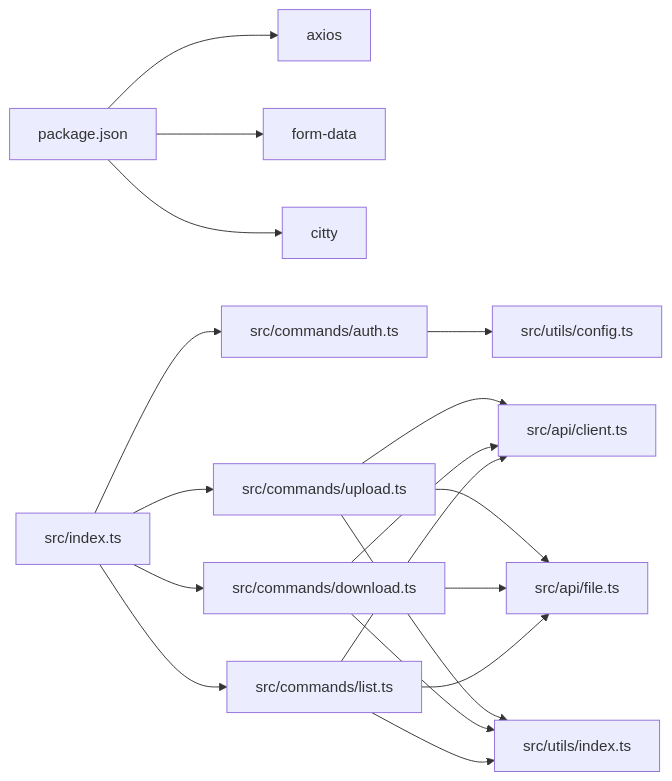
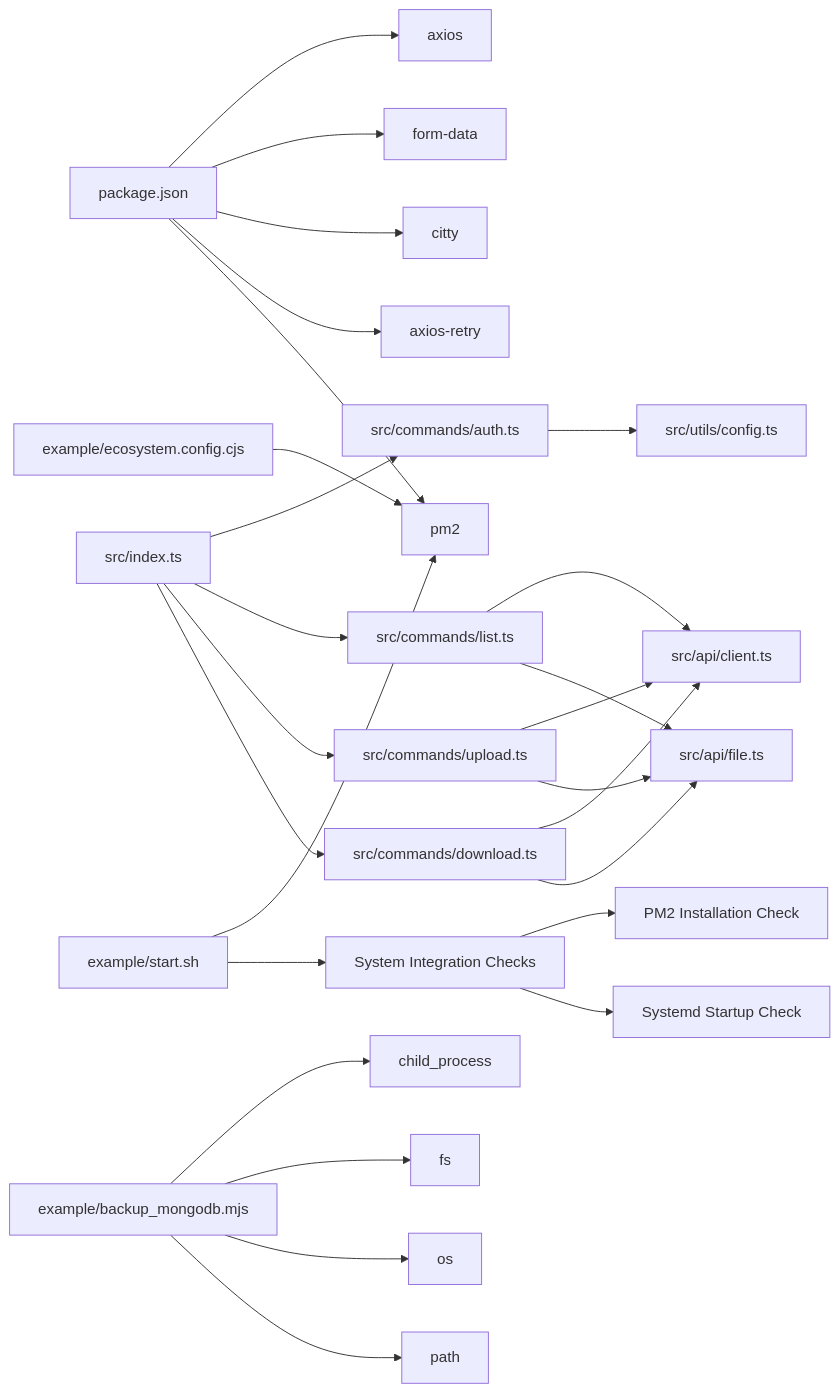
The tenth of 10 diagrams in .qoder/repowiki/en/content/API Integration/API Integration.md (yuexiaoliang/baiduwangpan-manager), drawn with Mermaid before and after one commit. The commit also changed other lines of this file and 30 other files, not shown here.

````diff
--- a/.qoder/repowiki/en/content/API Integration/API Integration.md
+++ b/.qoder/repowiki/en/content/API Integration/API Integration.md
@@ -397,20 +810,28 @@
 ```mermaid
 graph LR
 PKG["package.json"] --> AXIOS["axios"]
 PKG --> FD["form-data"]
 PKG --> CITTY["citty"]
+PKG --> RETRY["axios-retry"]
+PKG --> PM2["pm2 (optional)"]
 IDX["src/index.ts"] --> AUTH["src/commands/auth.ts"]
 IDX --> LIST["src/commands/list.ts"]
 IDX --> UPLOAD["src/commands/upload.ts"]
 IDX --> DOWNLOAD["src/commands/download.ts"]
 AUTH --> CFG["src/utils/config.ts"]
 UPLOAD --> CLIENT["src/api/client.ts"]
 DOWNLOAD --> CLIENT
 LIST --> CLIENT
 UPLOAD --> FILEAPI["src/api/file.ts"]
 DOWNLOAD --> FILEAPI
 LIST --> FILEAPI
-UPLOAD --> UTILS["src/utils/index.ts"]
-DOWNLOAD --> UTILS
-LIST --> UTILS
+BACKUP["example/backup_mongodb.mjs"] --> CHILDP["child_process"]
+BACKUP --> FS["fs"]
+BACKUP --> OS["os"]
+BACKUP --> PATH["path"]
+ECOSYSTEM["example/ecosystem.config.cjs"] --> PM2["pm2"]
+START_SCRIPT["example/start.sh"] --> PM2
+START_SCRIPT --> SYSTEM_CHECK["System Integration Checks"]
+SYSTEM_CHECK --> PM2_INSTALL["PM2 Installation Check"]
+SYSTEM_CHECK --> SYSTEMD_CHECK["Systemd Startup Check"]
 ```
````
